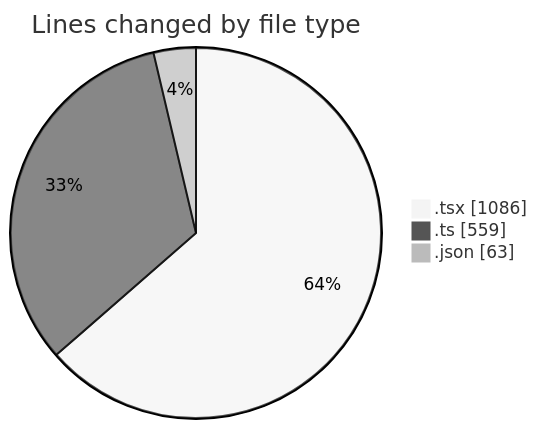
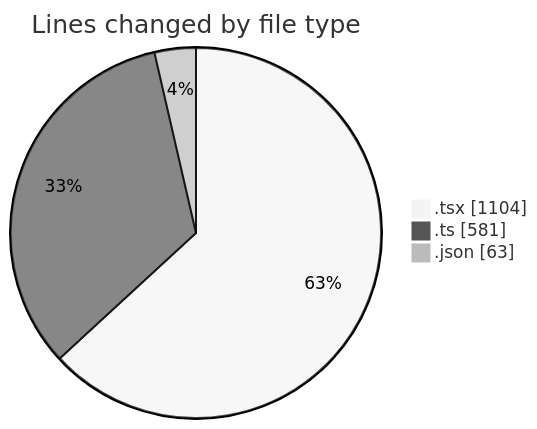
The first of 2 diagrams in 2025-10-21/eventscop-frontend-guide__workspace_/README.md (julien-gomy/code-tracking), drawn with Mermaid (neutral theme) before and after one commit. The commit also changed other lines of this file and 1 other file, not shown here.

````diff
--- a/2025-10-21/eventscop-frontend-guide__workspace_/README.md
+++ b/2025-10-21/eventscop-frontend-guide__workspace_/README.md
@@ -39,7 +39,7 @@
 ```mermaid
 pie showData
 title Lines changed by file type
-".tsx" : 1086
-".ts" : 559
+".tsx" : 1104
+".ts" : 581
 ".json" : 63
 ```
````
